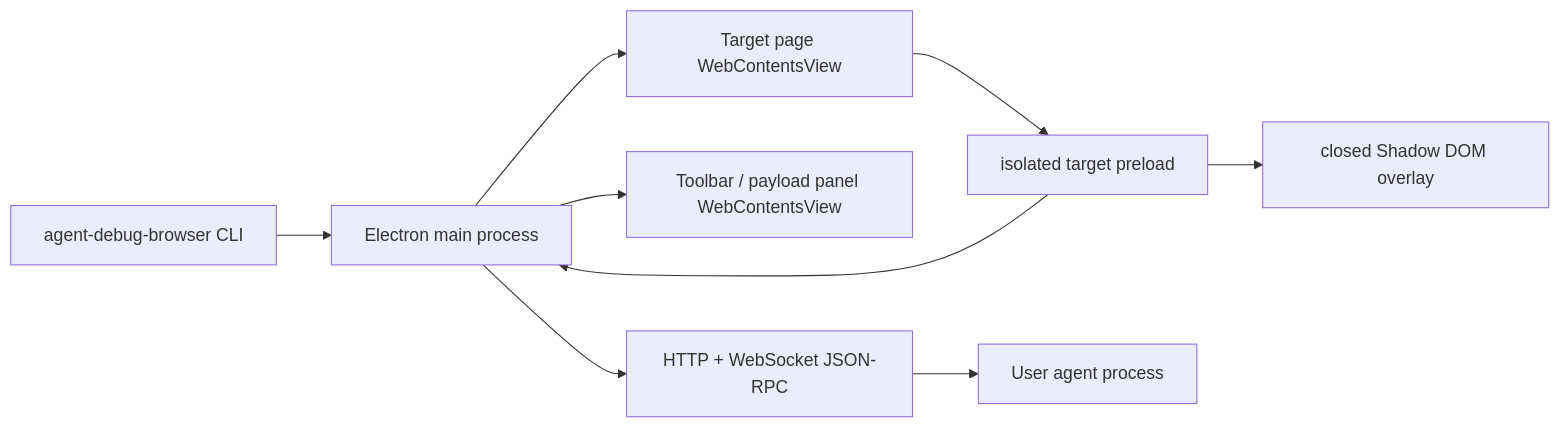
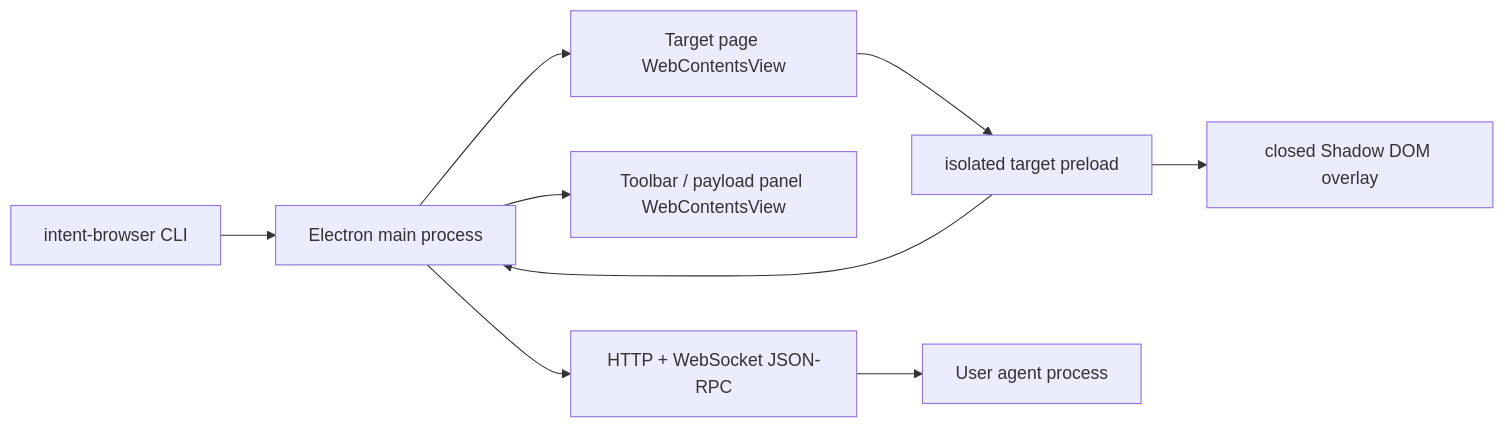
Before and after one commit to ru-gong/intent-browser: the diagram in docs/ARCHITECTURE.md, drawn with Mermaid. The commit also changed 18 other files, not shown here.

Commit message:
Rename product to Intent Browser

````diff
--- a/docs/ARCHITECTURE.md
+++ b/docs/ARCHITECTURE.md
@@ -5,11 +5,11 @@
 ```mermaid
 flowchart LR
-  CLI["agent-debug-browser CLI"] --> Main["Electron main process"]
+  CLI["intent-browser CLI"] --> Main["Electron main process"]
   Main --> RPC["HTTP + WebSocket JSON-RPC"]
   Main --> Chrome["Toolbar / payload panel WebContentsView"]
   Main --> Target["Target page WebContentsView"]
   Target --> Preload["isolated target preload"]
   Preload --> Overlay["closed Shadow DOM overlay"]
   Preload --> Main
   RPC --> Agent["User agent process"]
 ```
````
